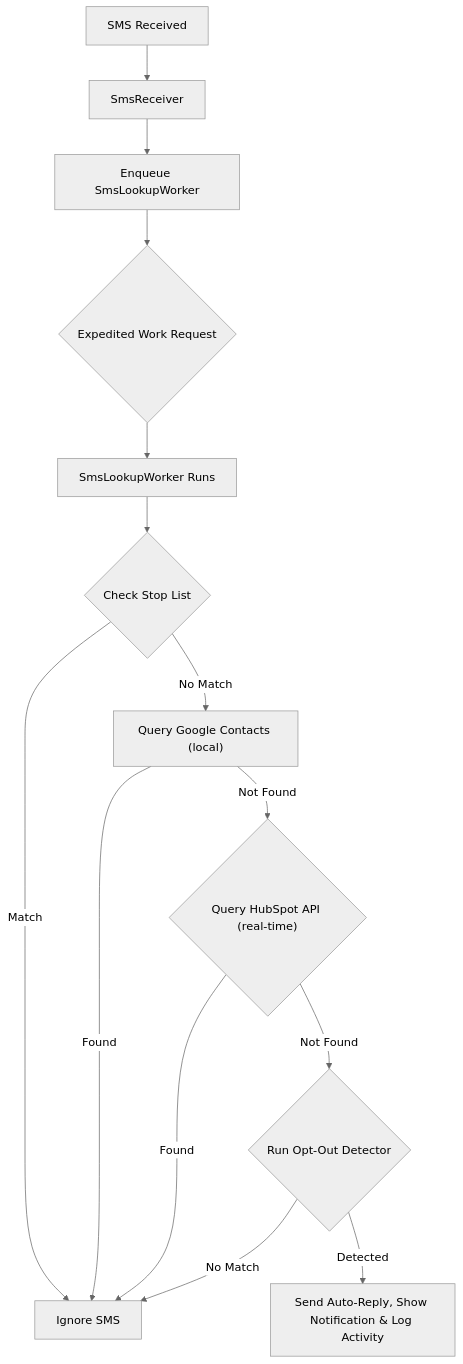
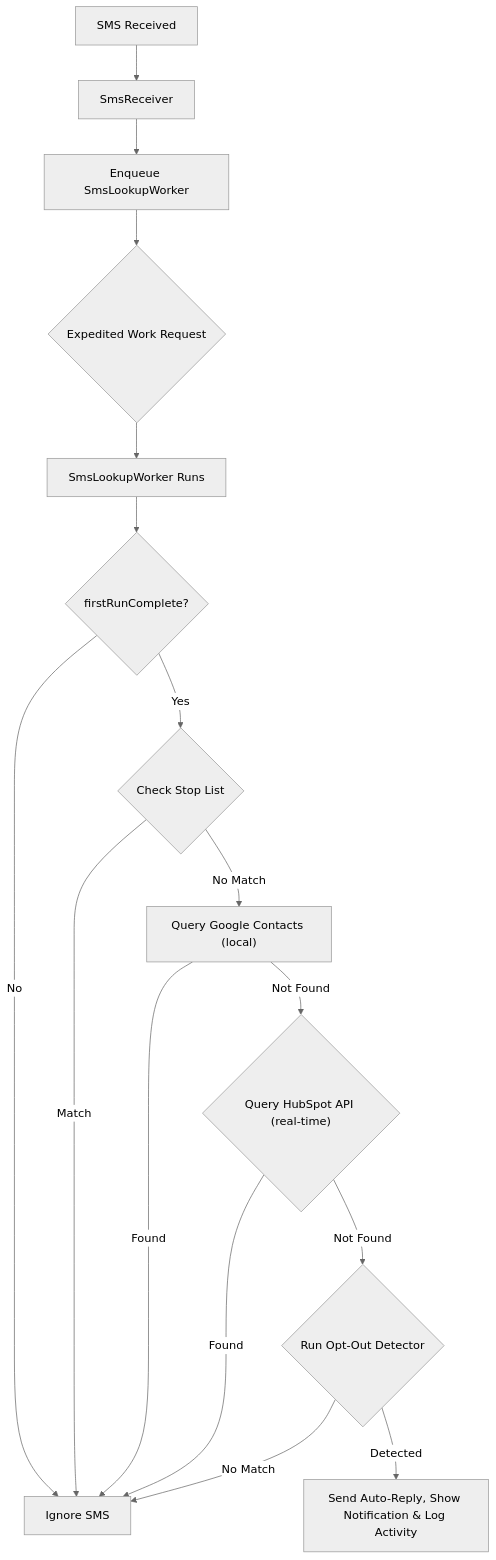
Before and after one commit to wgroth2/smsfilter: the diagram in walkthrough.md, drawn with Mermaid (neutral theme). The commit also changed other lines of this file and 2 other files, not shown here.

````diff
--- a/walkthrough.md
+++ b/walkthrough.md
@@ -9,16 +9,18 @@
 ```mermaid
 graph TD
     A["SMS Received"] --> B["SmsReceiver"]
     B --> C["Enqueue SmsLookupWorker"]
     C --> D{"Expedited Work Request"}
     D --> E["SmsLookupWorker Runs"]
-    E --> F{"Check Stop List"}
+    E --> E1{"firstRunComplete?"}
+    E1 -- No --> H
+    E1 -- Yes --> F{"Check Stop List"}
     F -- No Match --> G["Query Google Contacts (local)"]
     F -- Match --> H["Ignore SMS"]
     G -- Not Found --> I{"Query HubSpot API (real-time)"}
     G -- Found --> H
     I -- Found --> H
     I -- Not Found --> J{"Run Opt-Out Detector"}
     J -- Detected --> K["Send Auto-Reply, Show Notification & Log Activity"]
     J -- No Match --> H
 ```
````
